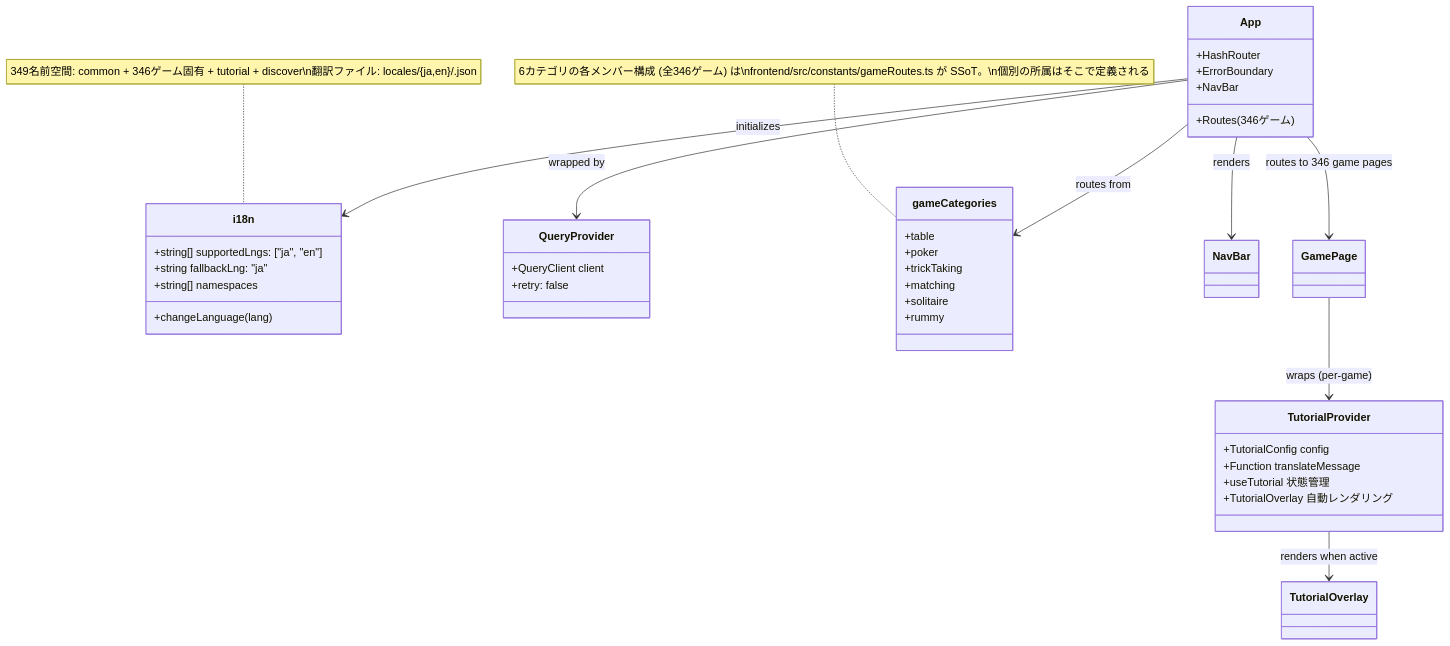
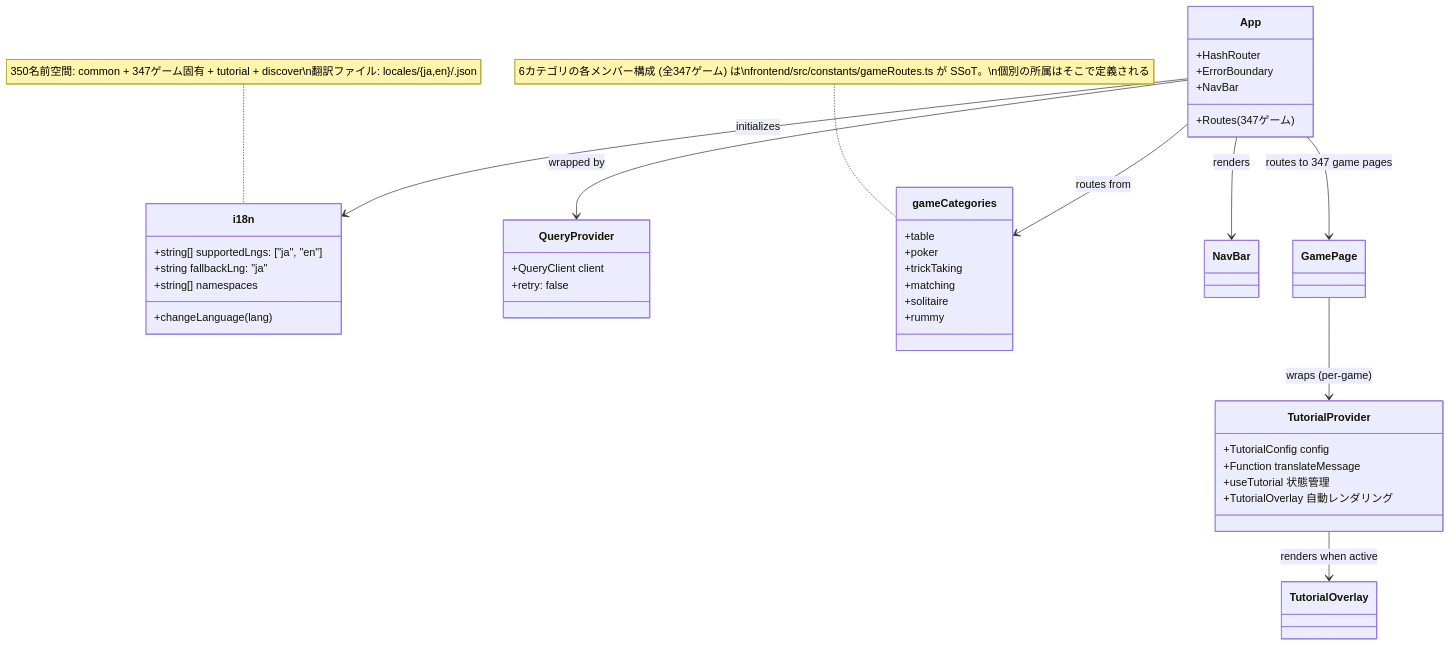
The ninth of 49 diagrams in docs/design/frontend.md (yuta-yoshinaga/go_trumpcards), drawn with Mermaid before and after one commit. The commit also changed other lines of this file and 65 other files, not shown here.

````diff
--- a/docs/design/frontend.md
+++ b/docs/design/frontend.md
@@ -1874,48 +1874,48 @@
 ```mermaid
 classDiagram
     class i18n {
         +string[] supportedLngs: ["ja", "en"]
         +string fallbackLng: "ja"
         +string[] namespaces
         +changeLanguage(lang)
     }
 
     class QueryProvider {
         +QueryClient client
         +retry: false
     }
 
     class App {
         +HashRouter
         +ErrorBoundary
         +NavBar
-        +Routes (346ゲーム)
+        +Routes (347ゲーム)
     }
 
     class gameCategories {
         +table
         +poker
         +trickTaking
         +matching
         +solitaire
         +rummy
     }
-    note for gameCategories "6カテゴリの各メンバー構成 (全346ゲーム) は\nfrontend/src/constants/gameRoutes.ts が SSoT。\n個別の所属はそこで定義される"
+    note for gameCategories "6カテゴリの各メンバー構成 (全347ゲーム) は\nfrontend/src/constants/gameRoutes.ts が SSoT。\n個別の所属はそこで定義される"
 
     class TutorialProvider {
         +TutorialConfig config
         +Function translateMessage
         +useTutorial 状態管理
         +TutorialOverlay 自動レンダリング
     }
 
     App --> QueryProvider : wrapped by
     App --> i18n : initializes
     App --> gameCategories : routes from
     App --> NavBar : renders
-    App --> GamePage : routes to 346 game pages
+    App --> GamePage : routes to 347 game pages
     GamePage --> TutorialProvider : wraps (per-game)
     TutorialProvider --> TutorialOverlay : renders when active
 
-    note for i18n "349名前空間: common + 346ゲーム固有 + tutorial + discover\n翻訳ファイル: locales/{ja,en}/<game>.json"
+    note for i18n "350名前空間: common + 347ゲーム固有 + tutorial + discover\n翻訳ファイル: locales/{ja,en}/<game>.json"
 ```
````
